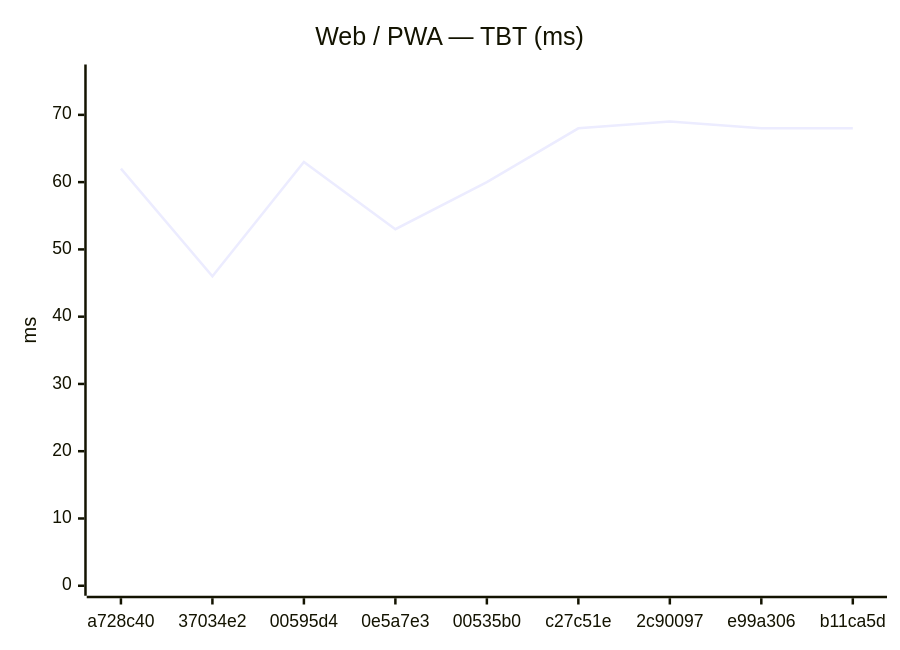
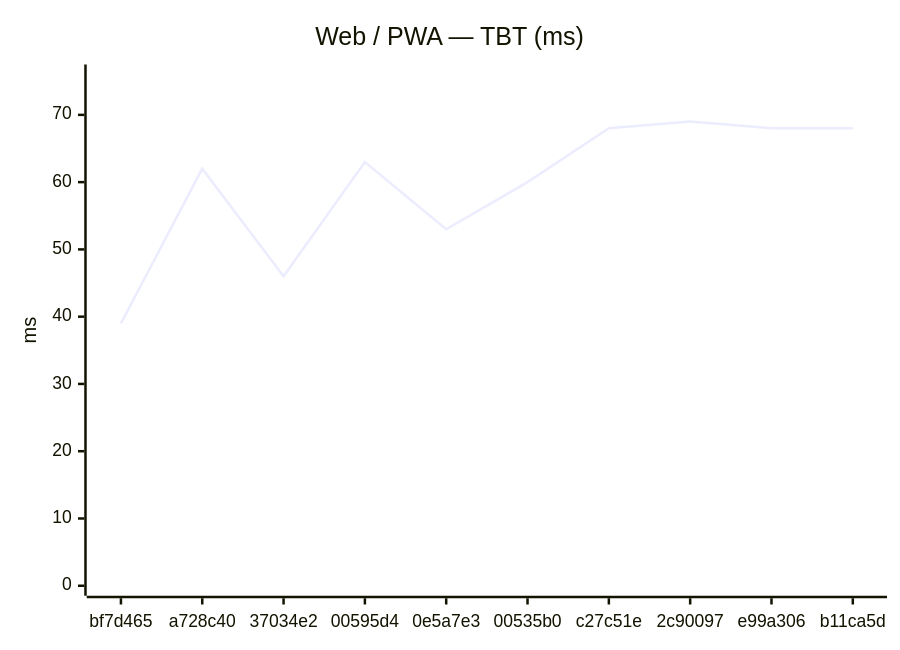
One commit to Metaheurist/Rianell changed the second of 24 diagrams in benchmarks/compare.md. Above: the diagram before and after it, drawn with Mermaid. The commit also changed other lines of this file and 12 other files, not shown here.

````diff
--- a/benchmarks/compare.md
+++ b/benchmarks/compare.md
@@ -30,7 +31,7 @@
 ```mermaid
 xychart-beta
     title "Web / PWA — TBT (ms)"
-    x-axis ["a728c40", "37034e2", "00595d4", "0e5a7e3", "00535b0", "c27c51e", "2c90097", "e99a306", "b11ca5d"]
+    x-axis ["bf7d465", "a728c40", "37034e2", "00595d4", "0e5a7e3", "00535b0", "c27c51e", "2c90097", "e99a306", "b11ca5d"]
     y-axis "ms" 0 --> 76
-    line [62, 46, 63, 53, 60, 68, 69, 68, 68]
+    line [39, 62, 46, 63, 53, 60, 68, 69, 68, 68]
 ```
````
